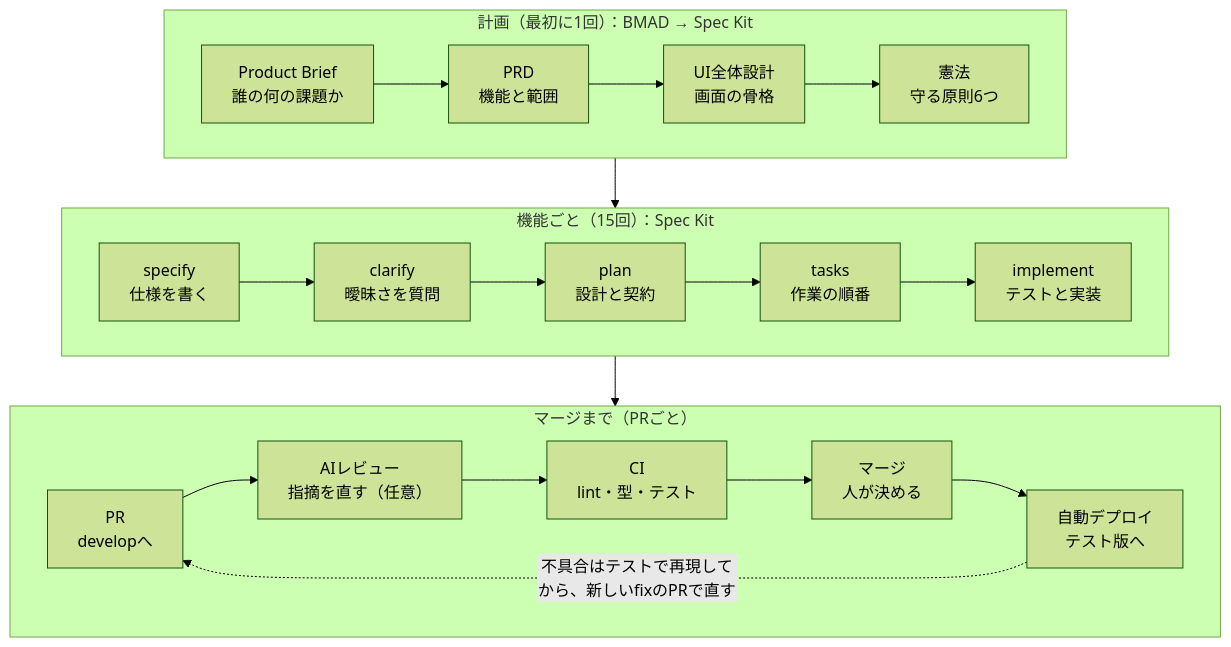
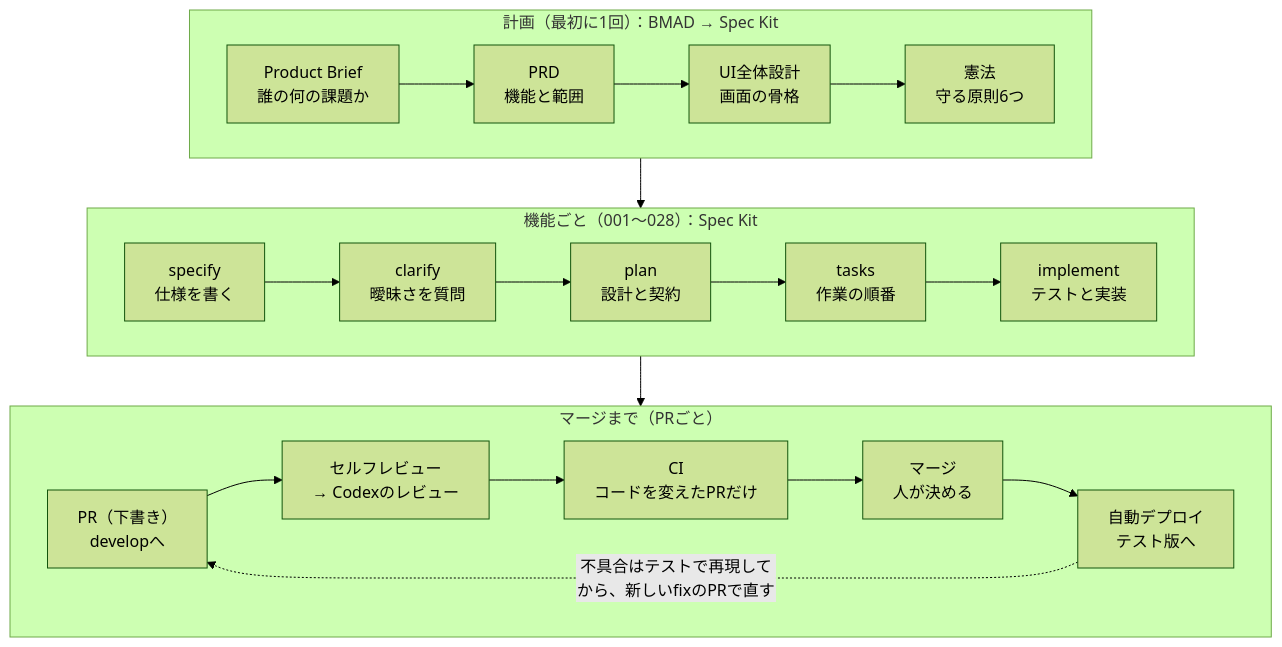
The third of 3 diagrams in docs/architecture.md (takumi-okuya-dev/meguru-app), drawn with Mermaid (forest theme) before and after one commit. The commit also changed other lines of this file and 19 other files, not shown here.

````diff
--- a/docs/architecture.md
+++ b/docs/architecture.md
@@ -119,18 +119,18 @@
 ```mermaid
 flowchart TB
   subgraph lane1["計画（最初に1回）：BMAD → Spec Kit"]
     direction LR
     brief["Product Brief<br/>誰の何の課題か"] --> prd["PRD<br/>機能と範囲"] --> ui["UI全体設計<br/>画面の骨格"] --> con["憲法<br/>守る原則6つ"]
   end
-  subgraph lane2["機能ごと（15回）：Spec Kit"]
+  subgraph lane2["機能ごと（001〜028）：Spec Kit"]
     direction LR
     specify["specify<br/>仕様を書く"] --> clarify["clarify<br/>曖昧さを質問"] --> plan["plan<br/>設計と契約"] --> tasks["tasks<br/>作業の順番"] --> implement["implement<br/>テストと実装"]
   end
   subgraph lane3["マージまで（PRごと）"]
     direction LR
-    pr["PR<br/>developへ"] --> review["AIレビュー<br/>指摘を直す（任意）"] --> ci["CI<br/>lint・型・テスト"] --> merge["マージ<br/>人が決める"] --> deploy["自動デプロイ<br/>テスト版へ"]
+    pr["PR（下書き）<br/>developへ"] --> review["セルフレビュー<br/>→ Codexのレビュー"] --> ci["CI<br/>コードを変えたPRだけ"] --> merge["マージ<br/>人が決める"] --> deploy["自動デプロイ<br/>テスト版へ"]
   end
   con --> specify
   implement --> pr
   deploy -. "不具合はテストで再現してから、新しいfixのPRで直す" .-> pr
 ```
````
